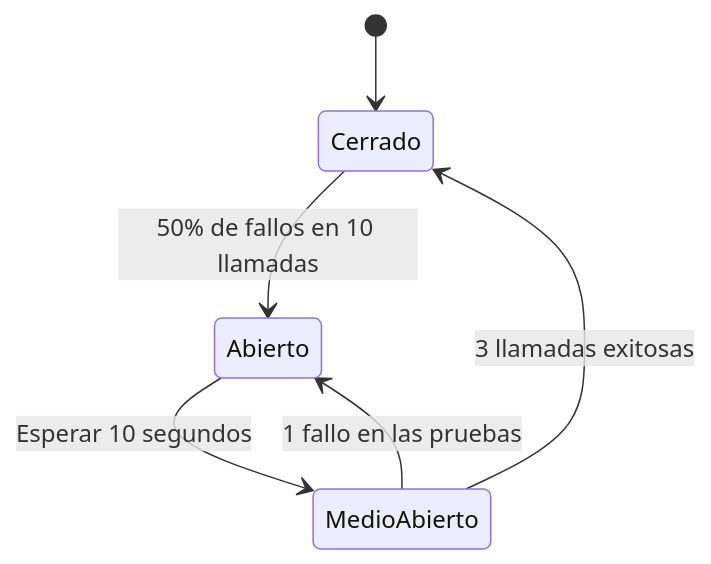
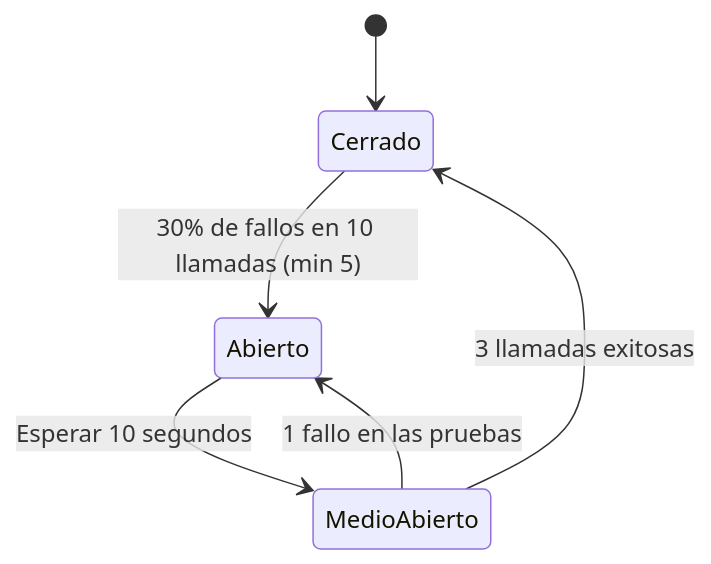
The third of 3 diagrams in README.md (sebastianrm/api-gateway), drawn with Mermaid before and after one commit. The commit also changed other lines of this file and 15 other files, not shown here.

````diff
--- a/README.md
+++ b/README.md
@@ -189,8 +191,8 @@
 ```mermaid
 stateDiagram-v2
     [*] --> Cerrado
-    Cerrado --> Abierto: 50% de fallos en 10 llamadas
+    Cerrado --> Abierto: 30% de fallos en 10 llamadas (min 5)
     Abierto --> MedioAbierto: Esperar 10 segundos
     MedioAbierto --> Cerrado: 3 llamadas exitosas
     MedioAbierto --> Abierto: 1 fallo en las pruebas
 ```
````
